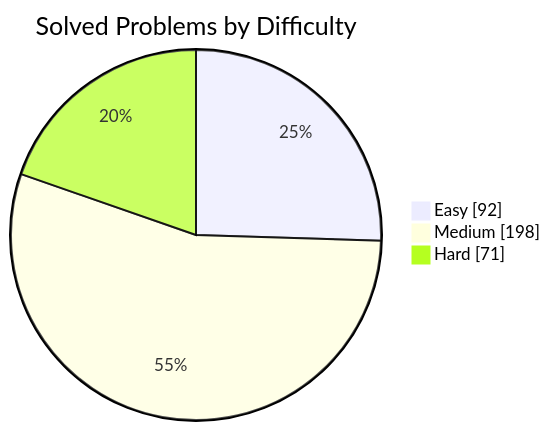
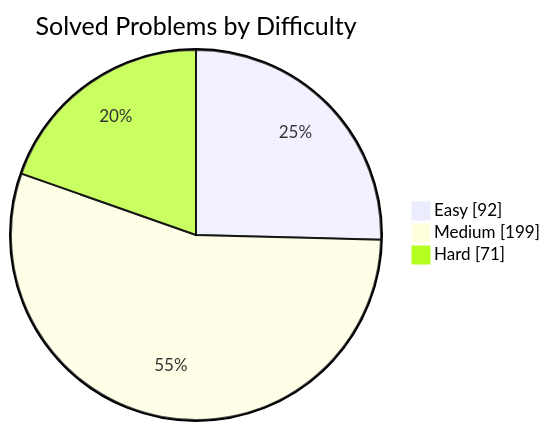
The first of 2 diagrams in README.md (manikantbindass/DSA-Preparation-FAANG), drawn with Mermaid before and after one commit. The commit also changed other lines of this file and 1 other file, not shown here.

````diff
--- a/README.md
+++ b/README.md
@@ -77,7 +77,7 @@
 ```mermaid
 pie showData
     title Solved Problems by Difficulty
     "Easy" : 92
-    "Medium" : 198
+    "Medium" : 199
     "Hard" : 71
 ```
````
